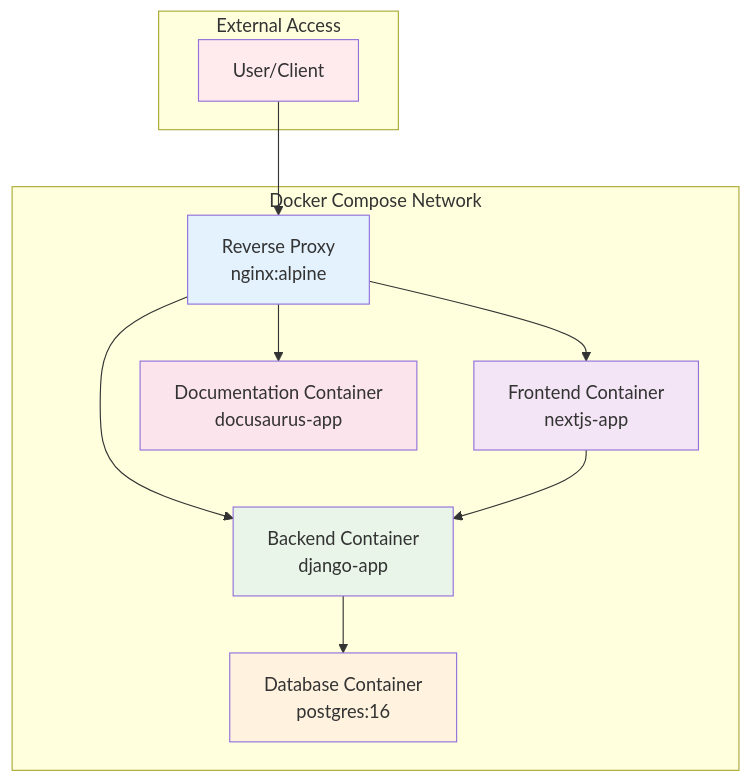
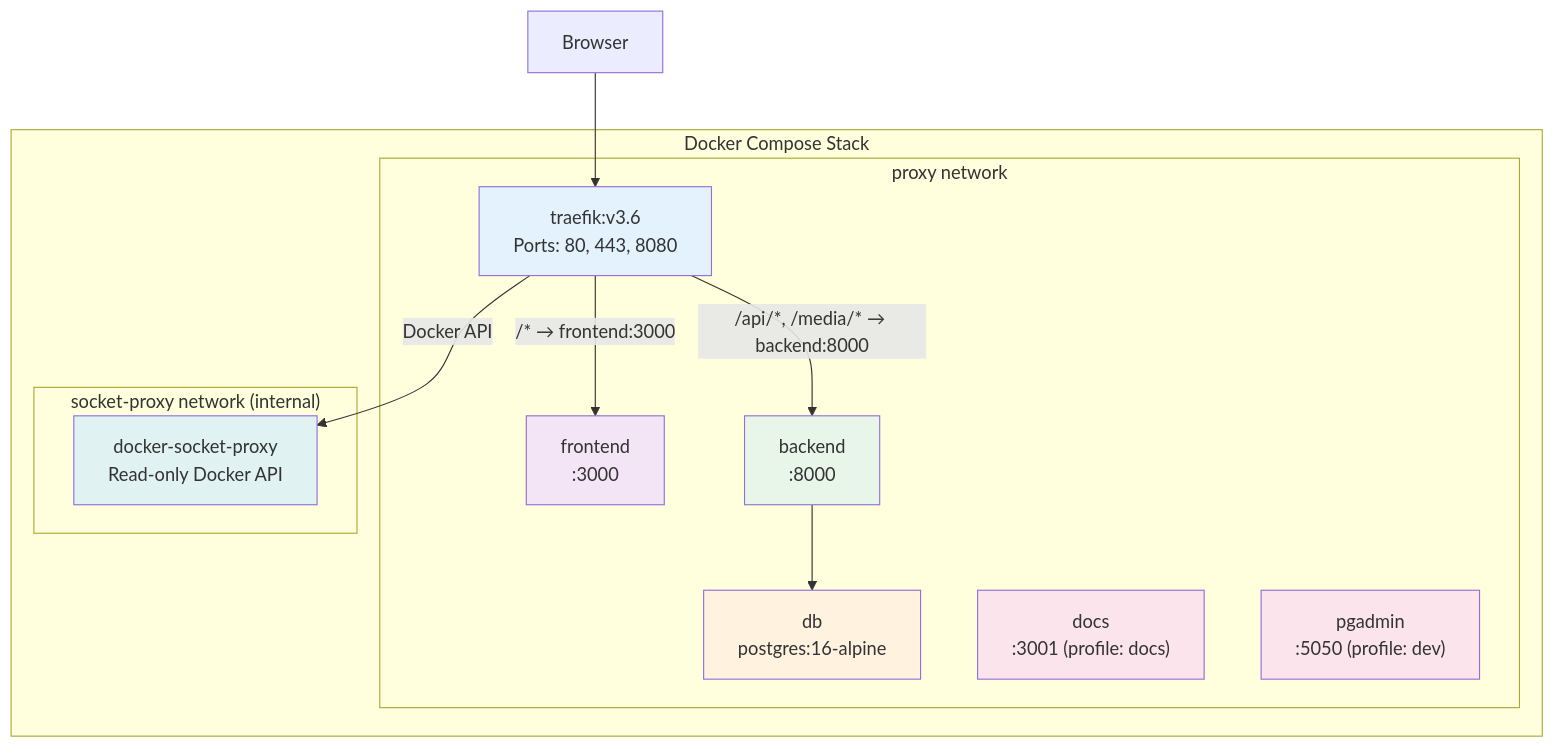
The first of 2 diagrams in docs/docs/deployment.md (maxi3390/happydogs-calendar), drawn with Mermaid before and after one commit. The commit also changed other lines of this file and 42 other files, not shown here.

````diff
--- a/docs/docs/deployment.md
+++ b/docs/docs/deployment.md
@@ -63,28 +44,32 @@
 ```mermaid
 graph TB
-    subgraph "Docker Compose Network"
-        LB[Reverse Proxy<br/>nginx:alpine]
-        Frontend[Frontend Container<br/>nextjs-app]
-        Backend[Backend Container<br/>django-app]
-        DB[Database Container<br/>postgres:16]
-        Docs[Documentation Container<br/>docusaurus-app]
+    User["Browser"] --> Traefik
+
+    subgraph "Docker Compose Stack"
+        subgraph "proxy network"
+            Traefik["traefik:v3.6<br/>Ports: 80, 443, 8080"]
+            Frontend["frontend<br/>:3000"]
+            Backend["backend<br/>:8000"]
+            DB["db<br/>postgres:16-alpine"]
+            Docs["docs<br/>:3001 (profile: docs)"]
+            pgAdmin["pgadmin<br/>:5050 (profile: dev)"]
+        end
+
+        subgraph "socket-proxy network (internal)"
+            SocketProxy["docker-socket-proxy<br/>Read-only Docker API"]
+        end
     end
 
-    subgraph "External Access"
-        User[User/Client]
-    end
+    Traefik -- "/* → frontend:3000" --> Frontend
+    Traefik -- "/api/*, /media/* → backend:8000" --> Backend
+    Backend --> DB
+    Traefik -- "Docker API" --> SocketProxy
 
-    User --> LB
-    LB --> Frontend
-    LB --> Backend
-    LB --> Docs
-    Frontend --> Backend
-    Backend --> DB
-
-    style LB fill:#e3f2fd
+    style Traefik fill:#e3f2fd
     style Frontend fill:#f3e5f5
-    style Backend fill:#e8f5e8
+    style Backend fill:#e8f5e9
     style DB fill:#fff3e0
+    style SocketProxy fill:#e0f2f1
     style Docs fill:#fce4ec
-    style User fill:#ffebee
+    style pgAdmin fill:#fce4ec
 ```
````
